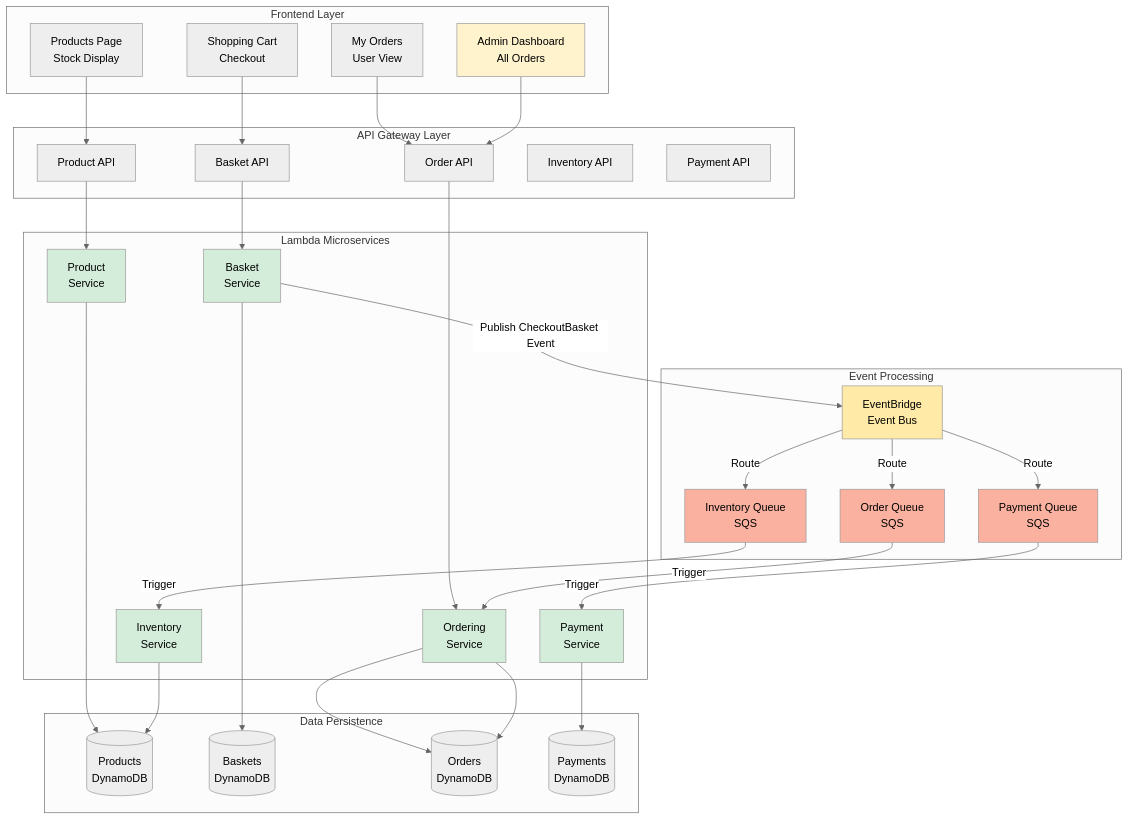
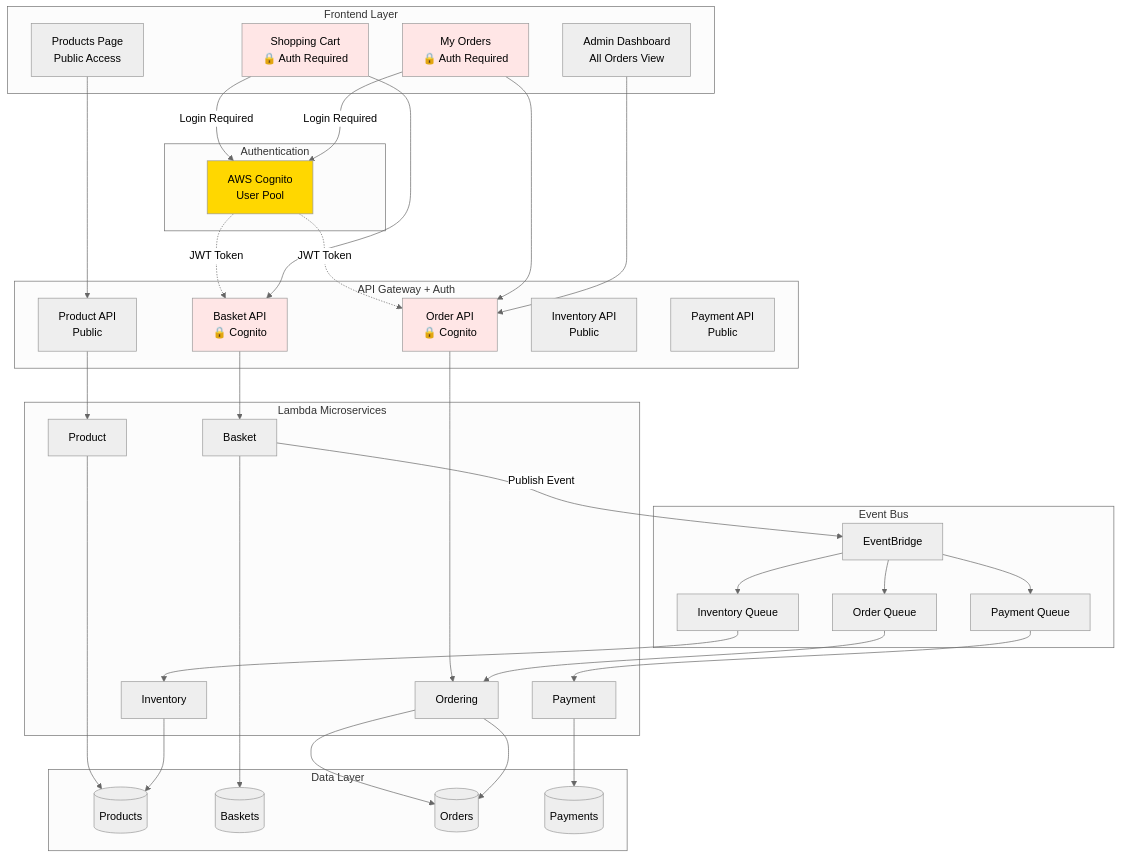
One commit to yarinacs/CS6200final_project changed the first of 2 diagrams in README.md. Above: the diagram before and after it, drawn with Mermaid (neutral theme). The commit also changed other lines of this file, not shown here.

Commit message:
Update README: 5 microservices with Cognito authentication

````diff
--- a/README.md
+++ b/README.md
@@ -36,68 +38,64 @@
 ```mermaid
 graph TB
     subgraph "Frontend Layer"
-        UI1[Products Page<br/>Stock Display]
-        UI2[Shopping Cart<br/>Checkout]
-        UI3[My Orders<br/>User View]
-        UI4[Admin Dashboard<br/>All Orders]
+        UI1[Products Page<br/>Public Access]
+        UI2[Shopping Cart<br/>🔒 Auth Required]
+        UI3[My Orders<br/>🔒 Auth Required]
+        UI4[Admin Dashboard<br/>All Orders View]
     end
 
-    subgraph "API Gateway Layer"
-        API1[Product API]
-        API2[Basket API]
-        API3[Order API]
-        API4[Inventory API]
-        API5[Payment API]
+    subgraph "Authentication"
+        COGNITO[AWS Cognito<br/>User Pool]
+    end
+
+    subgraph "API Gateway + Auth"
+        API1[Product API<br/>Public]
+        API2[Basket API<br/>🔒 Cognito]
+        API3[Order API<br/>🔒 Cognito]
+        API4[Inventory API<br/>Public]
+        API5[Payment API<br/>Public]
     end
 
     subgraph "Lambda Microservices"
-        MS1[Product<br/>Service]
-        MS2[Basket<br/>Service]
-        MS3[Ordering<br/>Service]
-        MS4[Inventory<br/>Service]
-        MS5[Payment<br/>Service]
+        MS1[Product]
+        MS2[Basket]
+        MS3[Ordering]
+        MS4[Inventory]
+        MS5[Payment]
     end
 
-    subgraph "Event Processing"
-        EB[EventBridge<br/>Event Bus]
-        SQ1[Order Queue<br/>SQS]
-        SQ2[Inventory Queue<br/>SQS]
-        SQ3[Payment Queue<br/>SQS]
+    subgraph "Event Bus"
+        EB[EventBridge]
+        SQ1[Order Queue]
+        SQ2[Inventory Queue]
+        SQ3[Payment Queue]
     end
 
-    subgraph "Data Persistence"
-        DB1[(Products<br/>DynamoDB)]
-        DB2[(Baskets<br/>DynamoDB)]
-        DB3[(Orders<br/>DynamoDB)]
-        DB4[(Payments<br/>DynamoDB)]
+    subgraph "Data Layer"
+        DB1[(Products)]
+        DB2[(Baskets)]
+        DB3[(Orders)]
+        DB4[(Payments)]
     end
 
+    UI2 -->|Login Required| COGNITO
+    UI3 -->|Login Required| COGNITO
+    COGNITO -.->|JWT Token| API2
+    COGNITO -.->|JWT Token| API3
+    
     UI1 --> API1 --> MS1 --> DB1
     UI2 --> API2 --> MS2 --> DB2
     UI3 --> API3 --> MS3 --> DB3
     UI4 --> API3
     
-    MS2 -->|Publish CheckoutBasket Event| EB
-    EB -->|Route| SQ1
-    EB -->|Route| SQ2
-    EB -->|Route| SQ3
-    
-    SQ1 -->|Trigger| MS3
-    SQ2 -->|Trigger| MS4
-    SQ3 -->|Trigger| MS5
-    
-    MS3 --> DB3
-    MS4 --> DB1
-    MS5 --> DB4
+    MS2 -->|Publish Event| EB
+    EB --> SQ1 --> MS3 --> DB3
+    EB --> SQ2 --> MS4 --> DB1
+    EB --> SQ3 --> MS5 --> DB4
 
-    style UI4 fill:#fff3cd
-    style MS1 fill:#d4edda
-    style MS2 fill:#d4edda
-    style MS3 fill:#d4edda
-    style MS4 fill:#d4edda
-    style MS5 fill:#d4edda
-    style EB fill:#ffeaa7
-    style SQ1 fill:#fab1a0
-    style SQ2 fill:#fab1a0
-    style SQ3 fill:#fab1a0
+    style UI2 fill:#ffe6e6
+    style UI3 fill:#ffe6e6
+    style API2 fill:#ffe6e6
+    style API3 fill:#ffe6e6
+    style COGNITO fill:#ffd700
 ```
````
